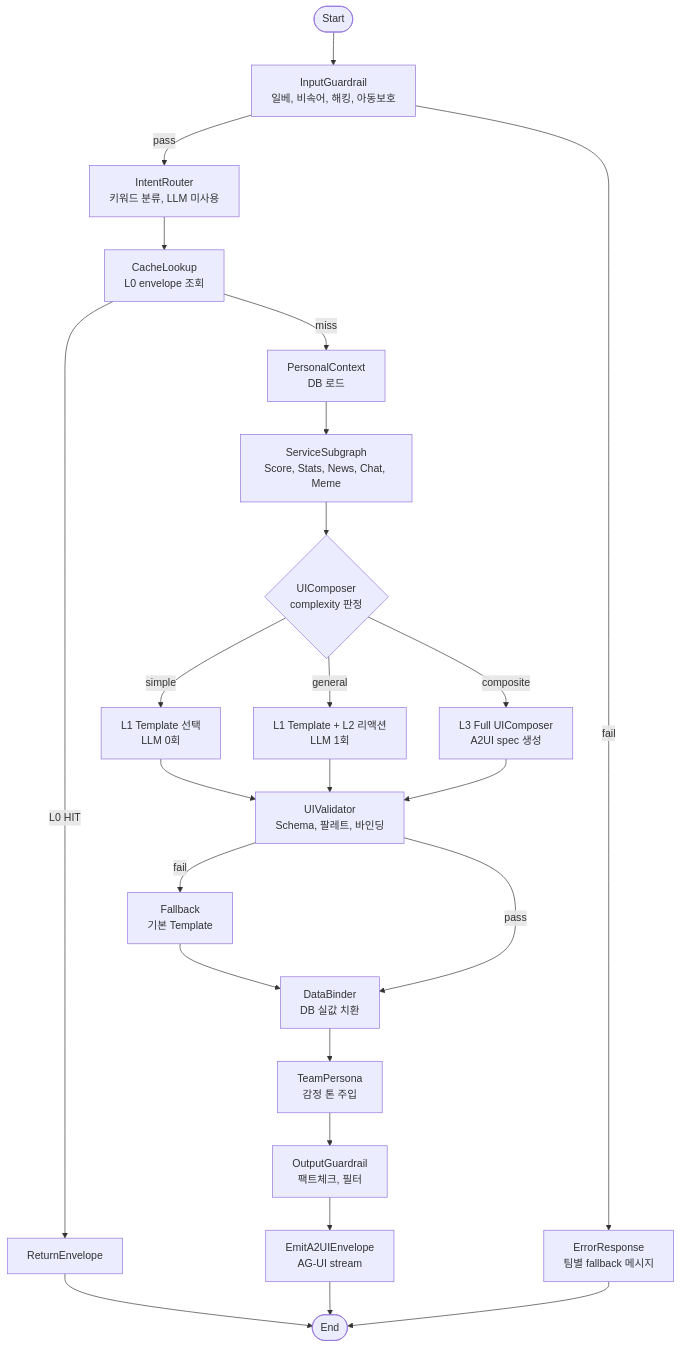
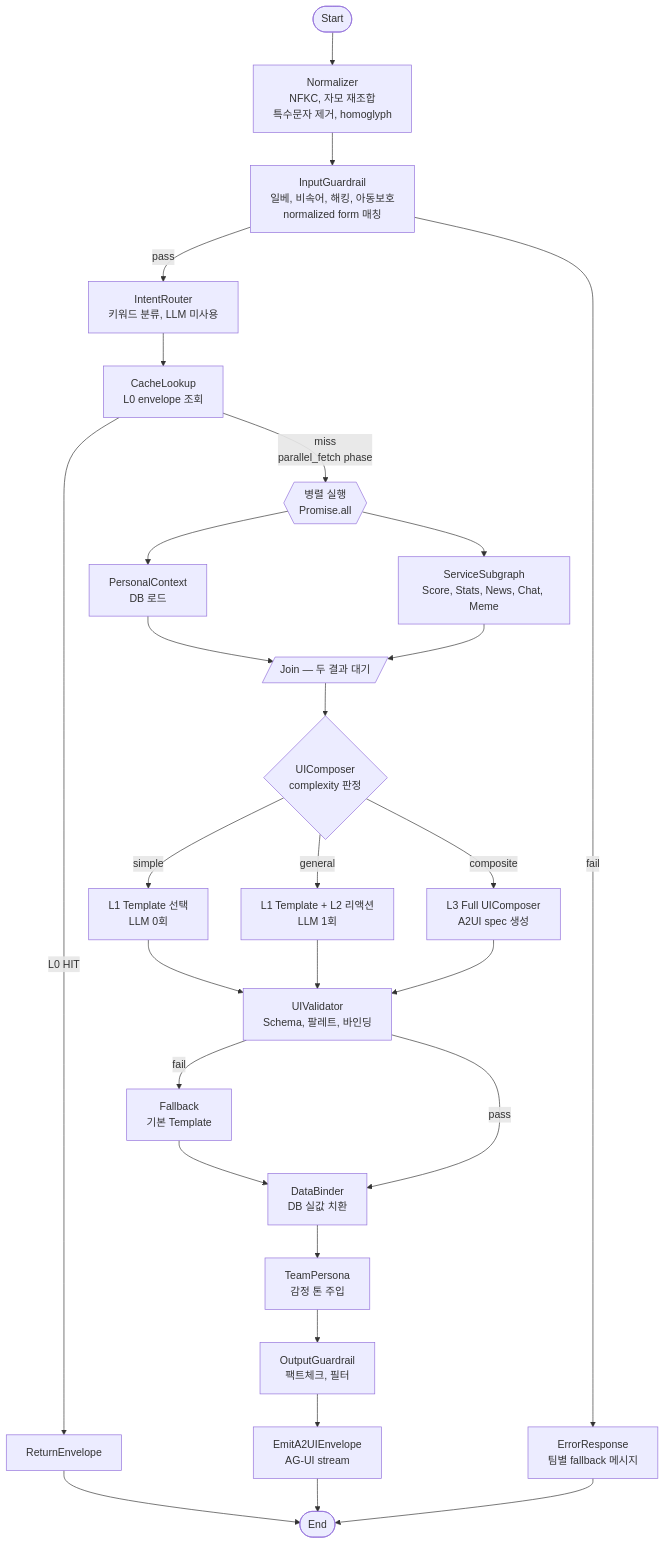
The third of 5 diagrams in docs/plan/batdi-architecture.md (leonardo204/Batdi), drawn with Mermaid before and after one commit. The commit also changed other lines of this file and 3 other files, not shown here.

````diff
--- a/docs/plan/batdi-architecture.md
+++ b/docs/plan/batdi-architecture.md
@@ -270,32 +279,37 @@
 ```mermaid
 flowchart TD
-    S([Start]) --> IG["InputGuardrail<br>일베, 비속어, 해킹, 아동보호"]
+    S([Start]) --> NM["Normalizer<br>NFKC, 자모 재조합<br>특수문자 제거, homoglyph"]
+    NM --> IG["InputGuardrail<br>일베, 비속어, 해킹, 아동보호<br>normalized form 매칭"]
     IG -->|fail| ER["ErrorResponse<br>팀별 fallback 메시지"]
     IG -->|pass| IR["IntentRouter<br>키워드 분류, LLM 미사용"]
     IR --> CL["CacheLookup<br>L0 envelope 조회"]
 
     CL -->|L0 HIT| RE["ReturnEnvelope"]
     RE --> E([End])
 
-    CL -->|miss| PC["PersonalContext<br>DB 로드"]
-    PC --> SS["ServiceSubgraph<br>Score, Stats, News, Chat, Meme"]
-    SS --> UC{"UIComposer<br>complexity 판정"}
+    CL -->|miss<br>parallel_fetch phase| PAR{{"병렬 실행<br>Promise.all"}}
+    PAR --> PC["PersonalContext<br>DB 로드"]
+    PAR --> SS["ServiceSubgraph<br>Score, Stats, News, Chat, Meme"]
+    PC --> JOIN[/"Join — 두 결과 대기"/]
+    SS --> JOIN
+
+    JOIN --> UC{"UIComposer<br>complexity 판정"}
 
     UC -->|simple| T1["L1 Template 선택<br>LLM 0회"]
     UC -->|general| T2["L1 Template + L2 리액션<br>LLM 1회"]
     UC -->|composite| T3["L3 Full UIComposer<br>A2UI spec 생성"]
 
     T1 --> UV["UIValidator<br>Schema, 팔레트, 바인딩"]
     T2 --> UV
     T3 --> UV
 
     UV -->|fail| FB["Fallback<br>기본 Template"]
     FB --> DB2["DataBinder<br>DB 실값 치환"]
     UV -->|pass| DB2
 
     DB2 --> TP["TeamPersona<br>감정 톤 주입"]
     TP --> OG["OutputGuardrail<br>팩트체크, 필터"]
     OG --> EA["EmitA2UIEnvelope<br>AG-UI stream"]
     EA --> E
     ER --> E
 ```
````
